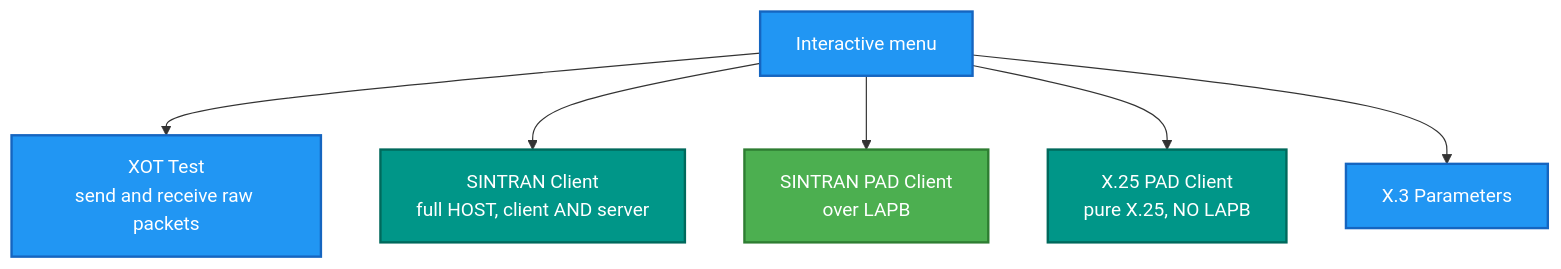
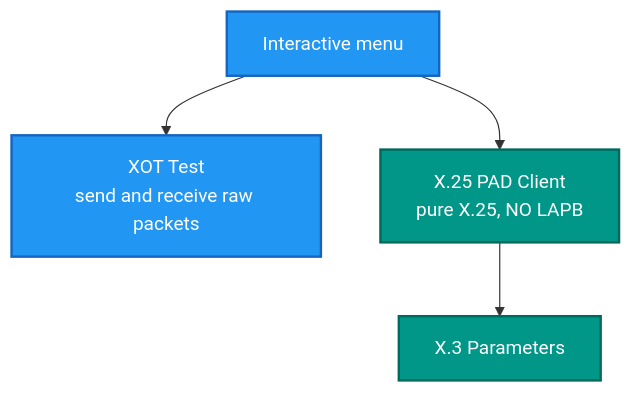
The second of 2 diagrams in src/RetroX25.Xot/README.md (RetroCoreLabs/RetroX25), drawn with Mermaid before and after one commit. The commit also changed other lines of this file and 19 other files, not shown here.

````diff
--- a/src/RetroX25.Xot/README.md
+++ b/src/RetroX25.Xot/README.md
@@ -84,25 +76,17 @@
 ```mermaid
 flowchart TB
     MENU["Interactive menu"]
     XOTW["XOT Test<br/>send and receive raw packets"]
-    SINC["SINTRAN Client<br/>full HOST, client AND server"]
-    SPAD["SINTRAN PAD Client<br/>over LAPB"]
     XPAD["X.25 PAD Client<br/>pure X.25, NO LAPB"]
     X3W["X.3 Parameters"]
 
     MENU --> XOTW
-    MENU --> SINC
-    MENU --> SPAD
     MENU --> XPAD
-    MENU --> X3W
+    XPAD --> X3W
 
     classDef app  fill:#2196F3,stroke:#1565C0,stroke-width:2px,color:#fff
     classDef core fill:#009688,stroke:#00695C,stroke-width:2px,color:#fff
-    classDef link fill:#4CAF50,stroke:#2E7D32,stroke-width:2px,color:#fff
 
-    class MENU app
-    class XOTW,X3W app
-    class SINC core
-    class SPAD link
-    class XPAD core
+    class MENU,XOTW app
+    class XPAD,X3W core
 ```
````
